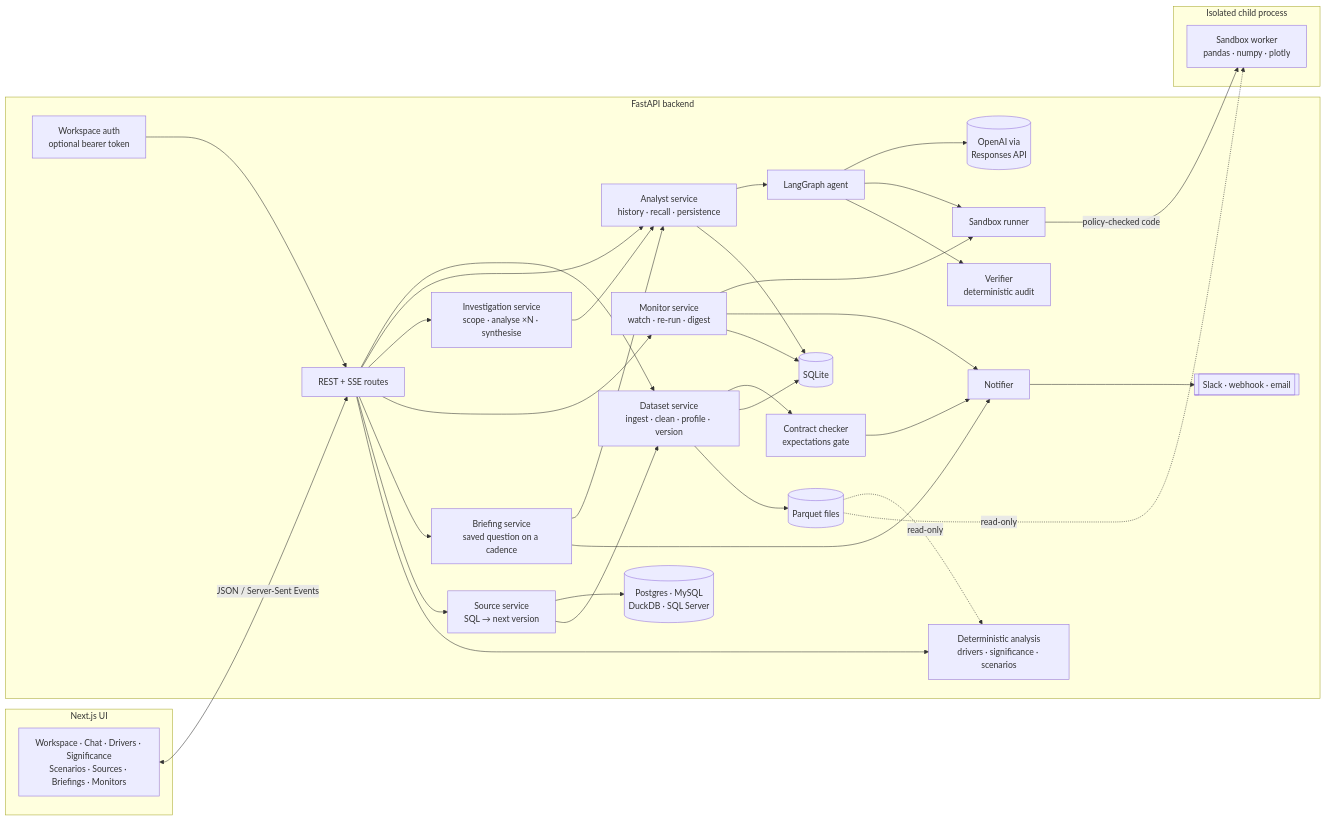
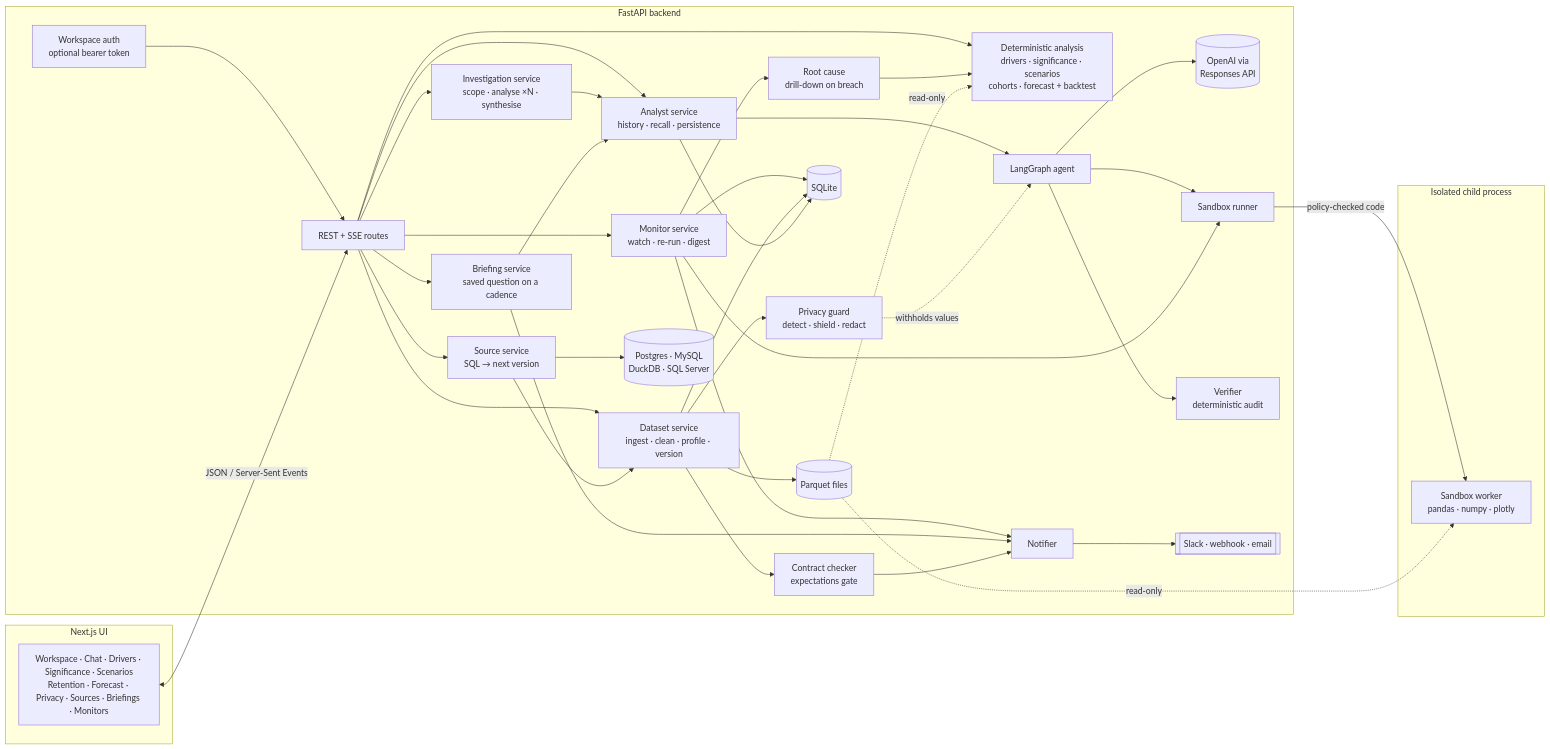
Before and after one commit to R3108/Data_Analyst_Agent: the first of 2 diagrams in README.md, drawn with Mermaid. The commit also changed other lines of this file and 33 other files, not shown here.

Commit message:
Add forecasting, cohort analysis, privacy checks, and diagnosis

````diff
--- a/README.md
+++ b/README.md
@@ -70,41 +76,45 @@
 ```mermaid
 flowchart LR
     subgraph Browser["Next.js UI"]
-        UI[Workspace · Chat · Drivers · Significance<br/>Scenarios · Sources · Briefings · Monitors]
+        UI[Workspace · Chat · Drivers · Significance · Scenarios<br/>Retention · Forecast · Privacy · Sources · Briefings · Monitors]
     end
     subgraph API["FastAPI backend"]
         AU[Workspace auth<br/>optional bearer token] --> R[REST + SSE routes]
         R --> DS[Dataset service<br/>ingest · clean · profile · version]
         R --> AS[Analyst service<br/>history · recall · persistence]
         R --> IV[Investigation service<br/>scope · analyse ×N · synthesise]
         R --> MS[Monitor service<br/>watch · re-run · digest]
         R --> BS[Briefing service<br/>saved question on a cadence]
         R --> SRC[Source service<br/>SQL → next version]
-        R --> DET[Deterministic analysis<br/>drivers · significance · scenarios]
+        R --> DET[Deterministic analysis<br/>drivers · significance · scenarios<br/>cohorts · forecast + backtest]
         IV --> AS
         BS --> AS
         AS --> G[LangGraph agent]
         G --> LLM[(OpenAI via<br/>Responses API)]
         G --> SB[Sandbox runner]
         G --> VF[Verifier<br/>deterministic audit]
         SRC --> EXT[(Postgres · MySQL<br/>DuckDB · SQL Server)]
         SRC --> DS
         DS --> CT[Contract checker<br/>expectations gate]
+        DS --> PG[Privacy guard<br/>detect · shield · redact]
+        PG -. withholds values .-> G
         MS --> SB
+        MS --> RC[Root cause<br/>drill-down on breach]
+        RC --> DET
         MS --> NT[Notifier]
         BS --> NT
         CT --> NT
         NT --> OUT[[Slack · webhook · email]]
         MS --> DB[(SQLite)]
         DS --> DB
         AS --> DB
         DS --> PQ[(Parquet files)]
         PQ -.read-only.-> DET
     end
     subgraph Child["Isolated child process"]
         W[Sandbox worker<br/>pandas · numpy · plotly]
     end
     UI <-->|JSON / Server-Sent Events| R
     SB -->|policy-checked code| W
     PQ -.read-only.-> W
 ```
````
